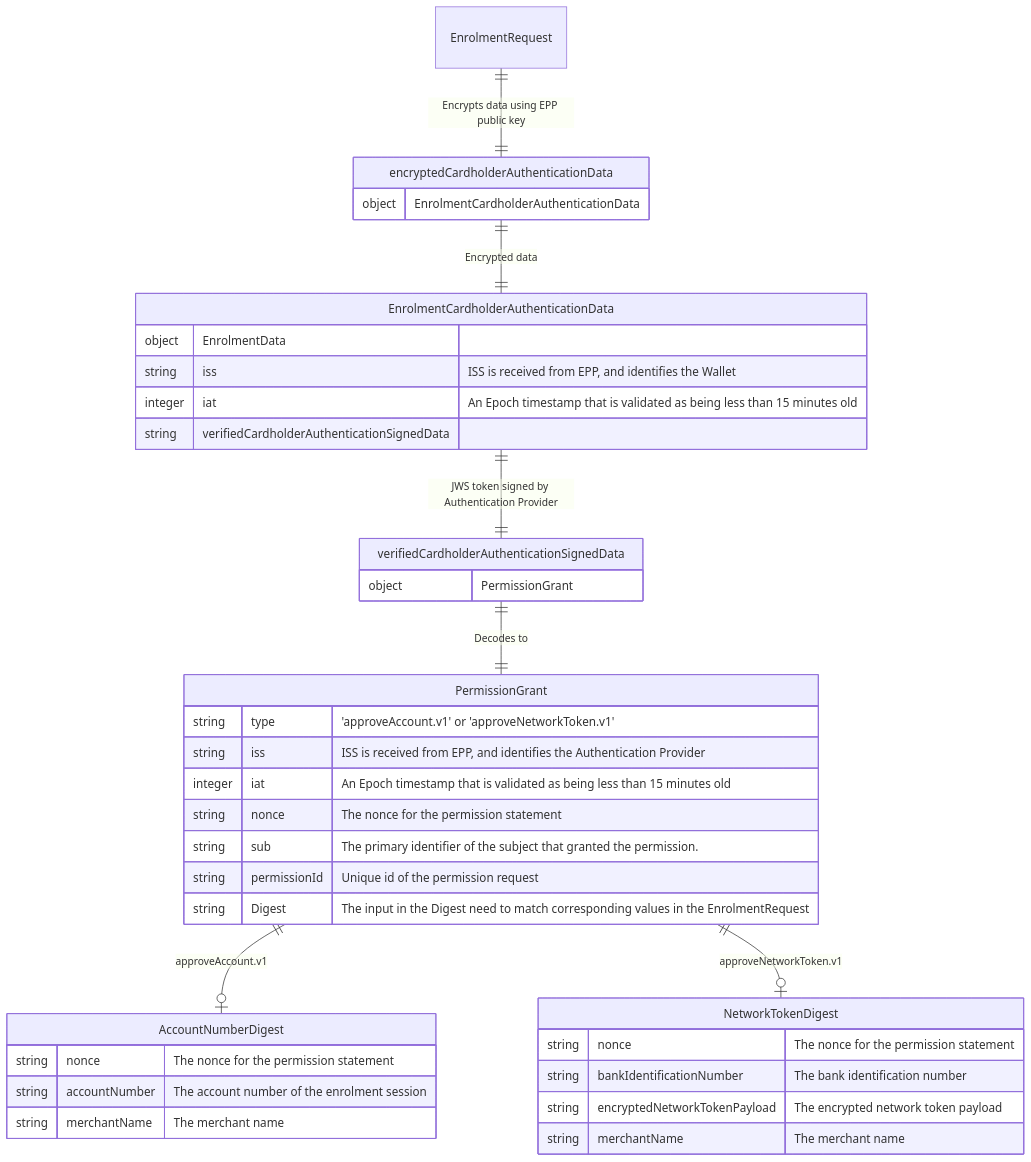
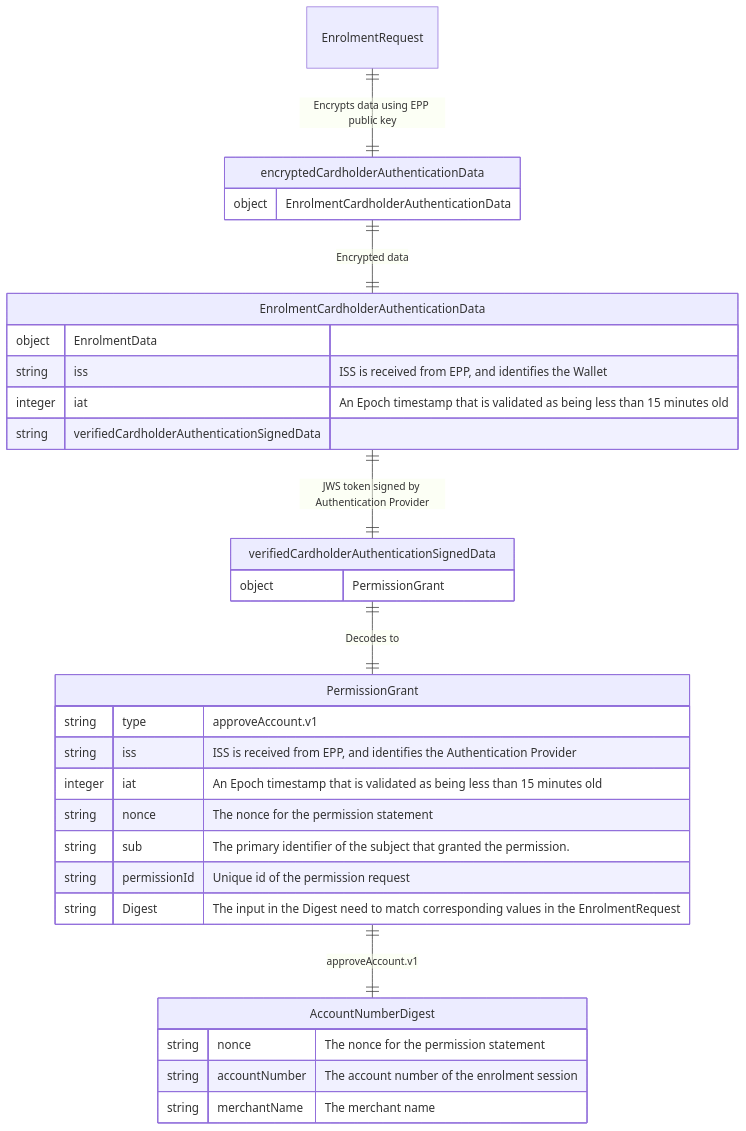
Before and after one commit to BankAxept/bankaxept-epayment-development-kit: the fourth of 8 diagrams in docs/authentication_interoperability.md, drawn with Mermaid. The commit also changed other lines of this file and 3 other files, not shown here.

Commit message:
feat(enrolment): revise network token flow

````diff
--- a/docs/authentication_interoperability.md
+++ b/docs/authentication_interoperability.md
@@ -175,55 +161,48 @@
 ```mermaid
 %%{init: {
   "theme": "default",
   "themeCSS": [
     ".er.relationshipLabel { fill: black; }", 
     ".er.relationshipLabelBox { fill: white; }", 
     ".er.entityBox { fill: lightgray; }",
     "[id^=entity-EnrolmentRequest] .er.entityBox { fill: lightgreen;} ",
     "[id^=entity-encryptedEnrolmentCardholderAuthenticationData] .er.entityBox { fill: lightgreen;} ",
     "[id^=entity-EnrolmentCardholderAuthenticationData] .er.entityBox { fill: lightgreen;} ",
     "[id^=entity-verifiedCardholderAuthenticationSignedData] .er.entityBox { fill: powderblue;} ",
     "[id^=entity-PermissionGrant] .er.entityBox { fill: powderblue;} ",
     "[id^=entity-Digest] .er.entityBox { fill: powderblue;} "
     ]
 }}%%
 erDiagram
     EnrolmentRequest ||--|| encryptedCardholderAuthenticationData: "Encrypts data using EPP public key"
     encryptedCardholderAuthenticationData {
         object EnrolmentCardholderAuthenticationData
     }
     encryptedCardholderAuthenticationData ||--|| EnrolmentCardholderAuthenticationData: "Encrypted data"
     EnrolmentCardholderAuthenticationData ||--|| verifiedCardholderAuthenticationSignedData: "JWS token signed by Authentication Provider"
     EnrolmentCardholderAuthenticationData {
         object EnrolmentData
         string iss "ISS is received from EPP, and identifies the Wallet"
         integer iat "An Epoch timestamp that is validated as being less than 15 minutes old"
         string verifiedCardholderAuthenticationSignedData
     }
     verifiedCardholderAuthenticationSignedData {
         object PermissionGrant
     }
     verifiedCardholderAuthenticationSignedData ||--|| PermissionGrant: "Decodes to"
-    PermissionGrant ||--o| AccountNumberDigest: "approveAccount.v1"
-    PermissionGrant ||--o| NetworkTokenDigest: "approveNetworkToken.v1"
+    PermissionGrant ||--|| AccountNumberDigest: "approveAccount.v1"
     PermissionGrant {
-        string type "'approveAccount.v1' or 'approveNetworkToken.v1'"
+        string type "approveAccount.v1"
         string iss "ISS is received from EPP, and identifies the Authentication Provider"
         integer iat "An Epoch timestamp that is validated as being less than 15 minutes old"
         string nonce "The nonce for the permission statement"
         string sub "The primary identifier of the subject that granted the permission."
         string permissionId "Unique id of the permission request"
         string Digest "The input in the Digest need to match corresponding values in the EnrolmentRequest"
     }
     AccountNumberDigest {
         string nonce "The nonce for the permission statement"
         string accountNumber "The account number of the enrolment session"
         string merchantName "The merchant name"
     }
-    NetworkTokenDigest {
-        string nonce "The nonce for the permission statement"
-        string bankIdentificationNumber "The bank identification number"
-        string encryptedNetworkTokenPayload "The encrypted network token payload"
-        string merchantName "The merchant name"
-    }
 ```
````
